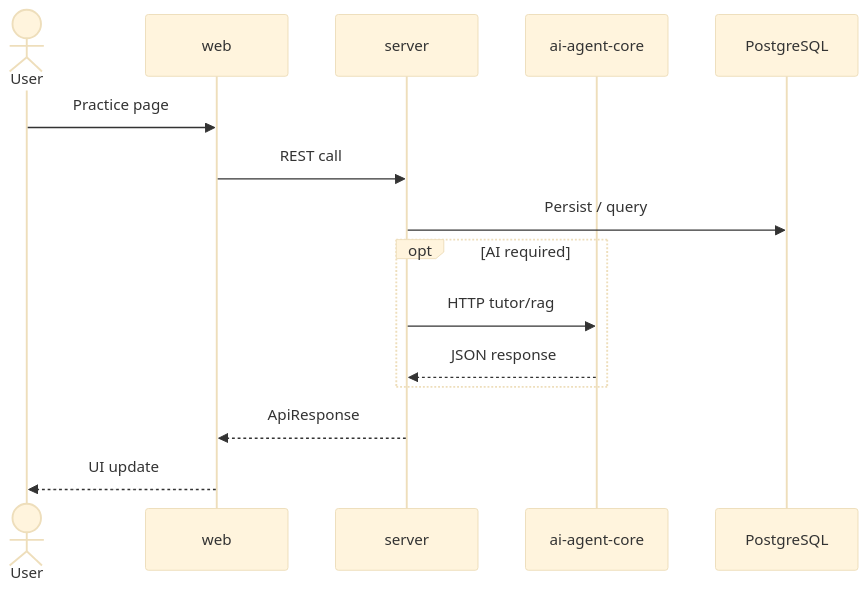
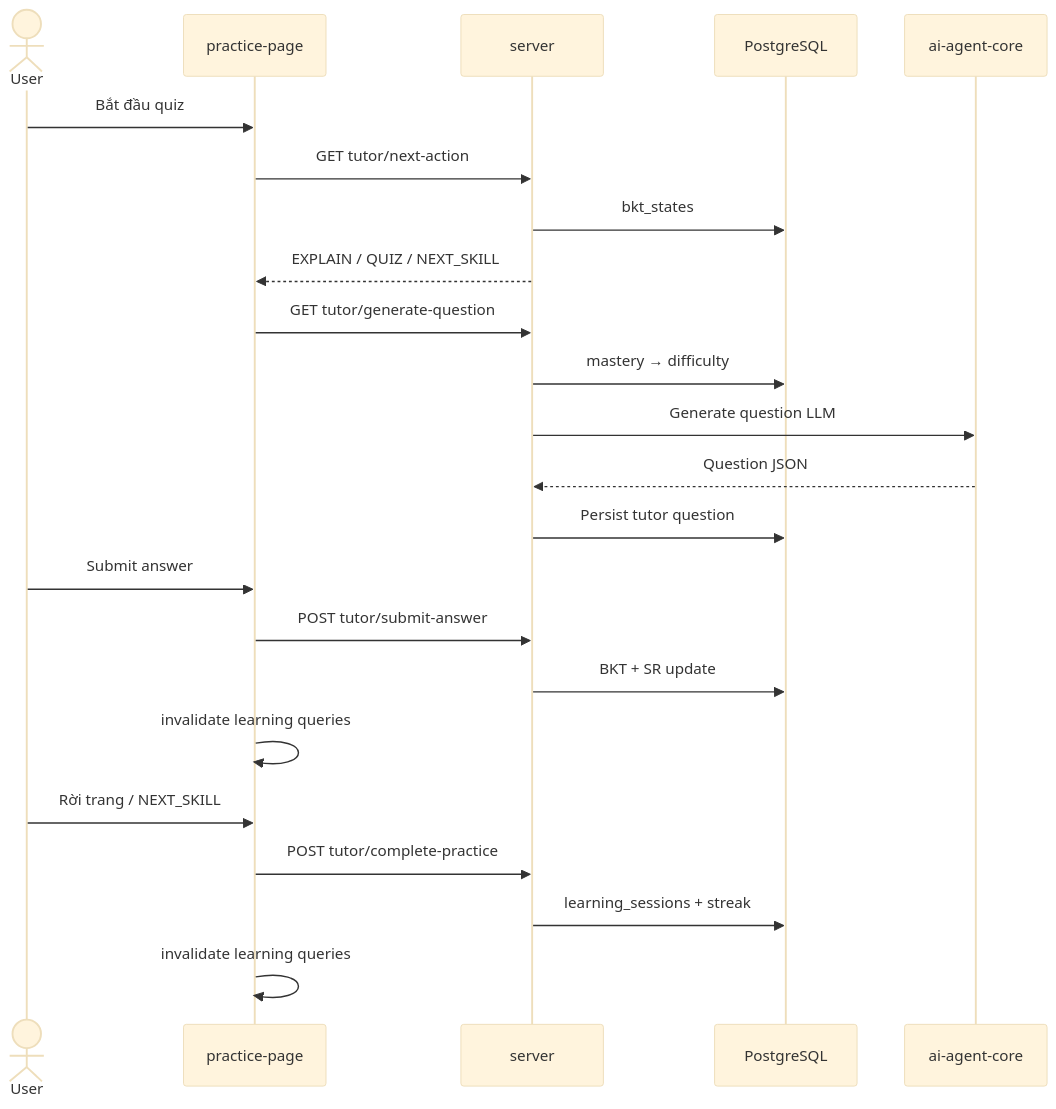
The diagram in docs/04-integration/flows/10-ai-tutor-practice.md (kuniquoc/eduboost), drawn with Mermaid (base theme) before and after one commit. The commit also changed other lines of this file and 180 other files, not shown here.

````diff
--- a/docs/04-integration/flows/10-ai-tutor-practice.md
+++ b/docs/04-integration/flows/10-ai-tutor-practice.md
@@ -11,17 +11,25 @@
 ```mermaid
 sequenceDiagram
     actor User
-    participant Web as web
+    participant Web as practice-page
     participant API as server
+    participant DB as PostgreSQL
     participant Agent as ai-agent-core
-    participant DB as PostgreSQL
-    User->>Web: Practice page
-    Web->>API: REST call
-    API->>DB: Persist / query
-    opt AI required
-        API->>Agent: HTTP tutor/rag
-        Agent-->>API: JSON response
-    end
-    API-->>Web: ApiResponse
-    Web-->>User: UI update
+    User->>Web: Bắt đầu quiz
+    Web->>API: GET tutor/next-action
+    API->>DB: bkt_states
+    API-->>Web: EXPLAIN / QUIZ / NEXT_SKILL
+    Web->>API: GET tutor/generate-question
+    API->>DB: mastery → difficulty
+    API->>Agent: Generate question LLM
+    Agent-->>API: Question JSON
+    API->>DB: Persist tutor question
+    User->>Web: Submit answer
+    Web->>API: POST tutor/submit-answer
+    API->>DB: BKT + SR update
+    Web->>Web: invalidate learning queries
+    User->>Web: Rời trang / NEXT_SKILL
+    Web->>API: POST tutor/complete-practice
+    API->>DB: learning_sessions + streak
+    Web->>Web: invalidate learning queries
 ```
````
